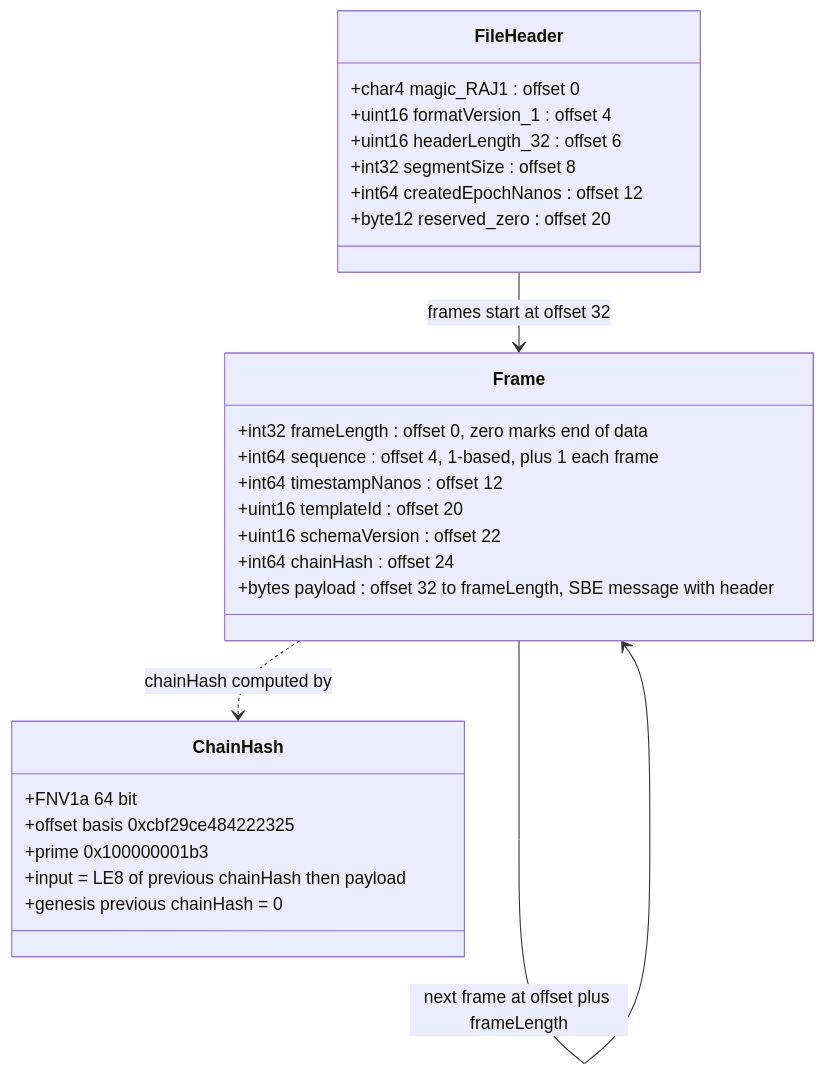
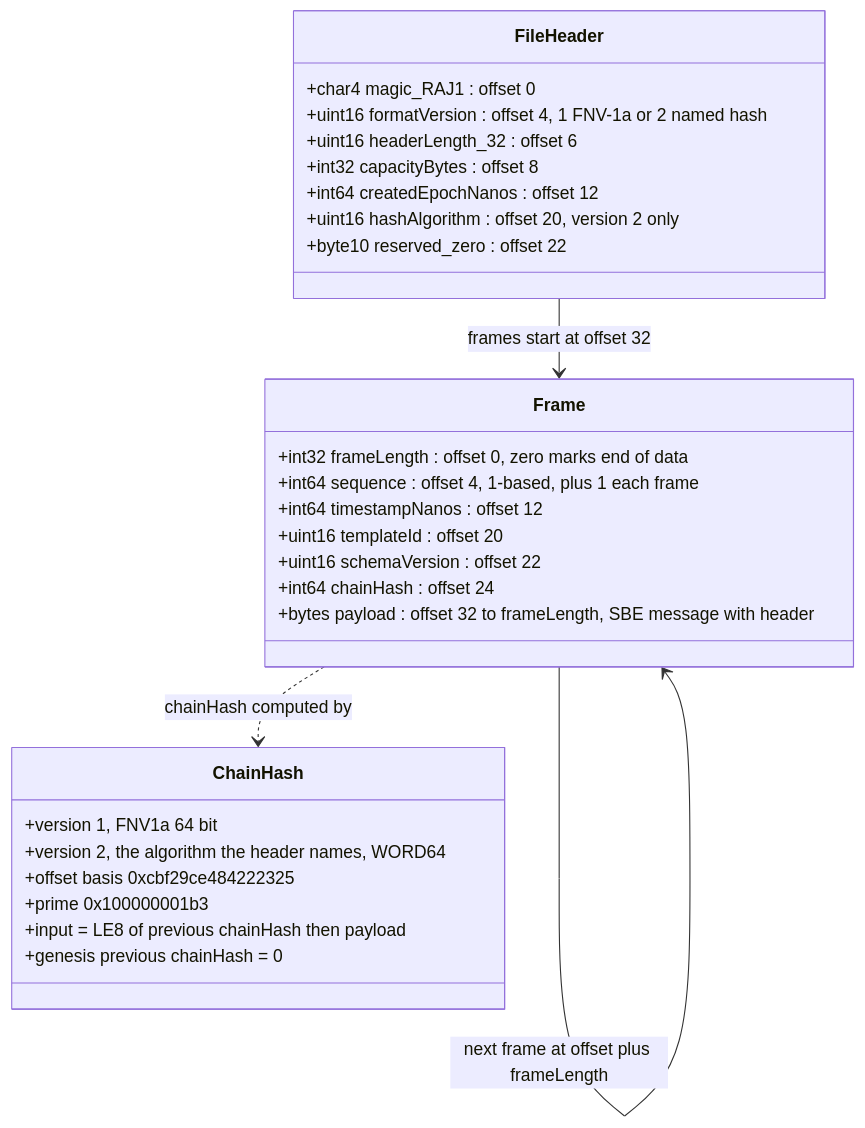
Before and after one commit to AshJha0/rates-algo-trading: the diagram in docs/diagrams/journal_frame.mmd, drawn with Mermaid. The commit also changed 32 other files, not shown here.

Commit message:
docs: audit against the code at HEAD; README entry, order lifecycle, v2 process, pricing path and six diagrams

```diff
--- a/docs/diagrams/journal_frame.mmd
+++ b/docs/diagrams/journal_frame.mmd
@@ -1,28 +1,30 @@
 classDiagram
   class FileHeader {
     +char4 magic_RAJ1 : offset 0
-    +uint16 formatVersion_1 : offset 4
+    +uint16 formatVersion : offset 4, 1 FNV-1a or 2 named hash
     +uint16 headerLength_32 : offset 6
-    +int32 segmentSize : offset 8
+    +int32 capacityBytes : offset 8
     +int64 createdEpochNanos : offset 12
-    +byte12 reserved_zero : offset 20
+    +uint16 hashAlgorithm : offset 20, version 2 only
+    +byte10 reserved_zero : offset 22
   }
   class Frame {
     +int32 frameLength : offset 0, zero marks end of data
     +int64 sequence : offset 4, 1-based, plus 1 each frame
     +int64 timestampNanos : offset 12
     +uint16 templateId : offset 20
     +uint16 schemaVersion : offset 22
     +int64 chainHash : offset 24
     +bytes payload : offset 32 to frameLength, SBE message with header
   }
   class ChainHash {
-    +FNV1a 64 bit
+    +version 1, FNV1a 64 bit
+    +version 2, the algorithm the header names, WORD64
     +offset basis 0xcbf29ce484222325
     +prime 0x100000001b3
     +input = LE8 of previous chainHash then payload
     +genesis previous chainHash = 0
   }
   FileHeader --> Frame : frames start at offset 32
   Frame --> Frame : next frame at offset plus frameLength
   Frame ..> ChainHash : chainHash computed by
```
